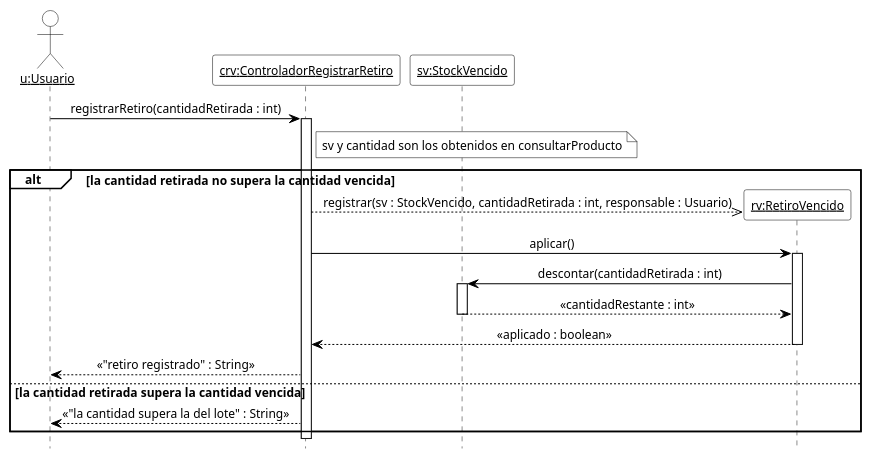
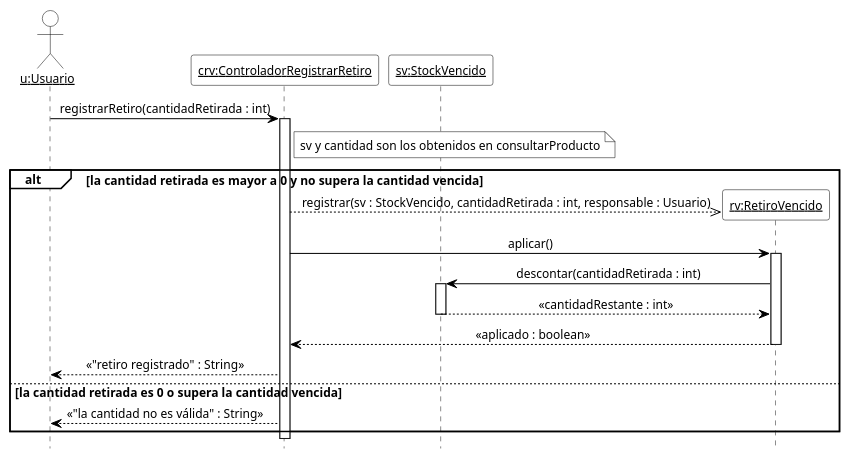
Before and after one commit to cirotop/Stock-Project: the diagram in 08-Diagrama De Secuencia/DSD_CU-07_registrarRetiro.puml, drawn with PlantUML. The commit also changed 26 other files, not shown here.

```diff
--- a/08-Diagrama De Secuencia/DSD_CU-07_registrarRetiro.puml
+++ b/08-Diagrama De Secuencia/DSD_CU-07_registrarRetiro.puml
@@ -1,43 +1,43 @@
 @startuml DSD_CU-07_registrarRetiro
 ' Diagrama de Secuencia de Diseño (DSD) - CU-07 Registrar retiro de mercadería vencida - registrarRetiro
 ' Estilo de los ejemplos de la teoría (introducirArticulo / crearNuevaVenta).
 hide footbox
 skinparam shadowing false
 skinparam defaultFontName Arial
 skinparam defaultFontSize 12
 skinparam sequenceMessageAlign center
 skinparam ArrowColor black
 skinparam ParticipantBackgroundColor white
 skinparam ParticipantBorderColor black
 skinparam CollectionsBackgroundColor white
 skinparam CollectionsBorderColor black
 skinparam ActorBackgroundColor white
 skinparam ActorBorderColor black
 skinparam LifeLineBorderColor black
 skinparam LifeLineBackgroundColor white
 skinparam SequenceGroupBackgroundColor white
 skinparam SequenceGroupBorderColor black
 skinparam SequenceGroupHeaderFontColor black
 skinparam NoteBackgroundColor white
 skinparam NoteBorderColor black
 
 actor "<u>u:Usuario</u>" as u
 participant "<u>crv:ControladorRegistrarRetiro</u>" as crv
 participant "<u>sv:StockVencido</u>" as sv
 
 u -> crv ++ : registrarRetiro(cantidadRetirada : int)
 note right of crv : sv y cantidad son los obtenidos en consultarProducto
-alt la cantidad retirada no supera la cantidad vencida
+alt la cantidad retirada es mayor a 0 y no supera la cantidad vencida
   create participant "<u>rv:RetiroVencido</u>" as rv
   crv -->> rv : registrar(sv : StockVencido, cantidadRetirada : int, responsable : Usuario)
   crv -> rv ++ : aplicar()
   rv -> sv ++ : descontar(cantidadRetirada : int)
   sv --> rv -- : «cantidadRestante : int»
   rv --> crv -- : «aplicado : boolean»
   crv --> u : «"retiro registrado" : String»
-else la cantidad retirada supera la cantidad vencida
-  crv --> u : «"la cantidad supera la del lote" : String»
+else la cantidad retirada es 0 o supera la cantidad vencida
+  crv --> u : «"la cantidad no es válida" : String»
 end
 deactivate crv
 
 @enduml
```
